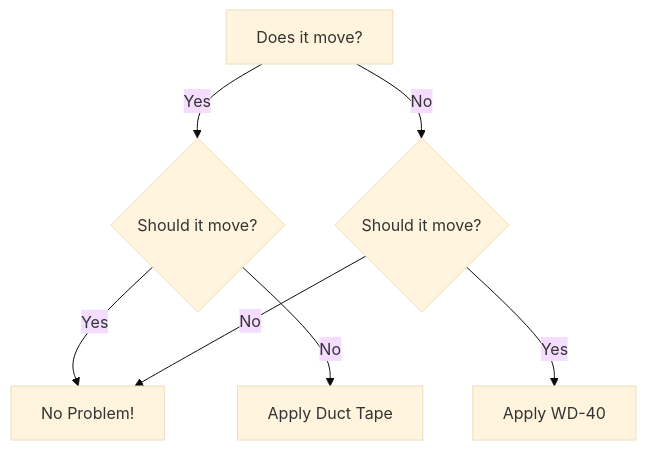
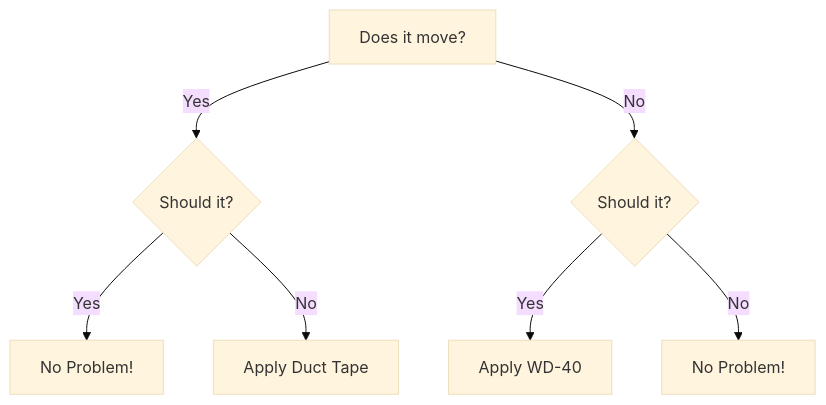
One commit to fperron-kt88/fx-portfolio changed the diagram in _posts/2024-12-17-jekyll-first-post-and-documentation-flexing.md. Above: the diagram before and after it, drawn with Mermaid (base theme). The commit also changed other lines of this file and 12 other files, not shown here.

````diff
--- a/_posts/2024-12-17-jekyll-first-post-and-documentation-flexing.md
+++ b/_posts/2024-12-17-jekyll-first-post-and-documentation-flexing.md
@@ -64,12 +81,11 @@
 ```mermaid
 graph TD
-    A[Does it move?] -->|Yes| B{Should it move?}
-    A -->|No| C{Should it move?}
+    A[Does it move?] -->|Yes| B{Should it?}
+    A -->|No| C{Should it?}
     
     B -->|Yes| D[No Problem!]
     B -->|No| E[Apply Duct Tape]
     
     C -->|Yes| F[Apply WD-40]
-    C -->|No| D[No Problem!]
-
+    C -->|No| G[No Problem!]
 ```
````
